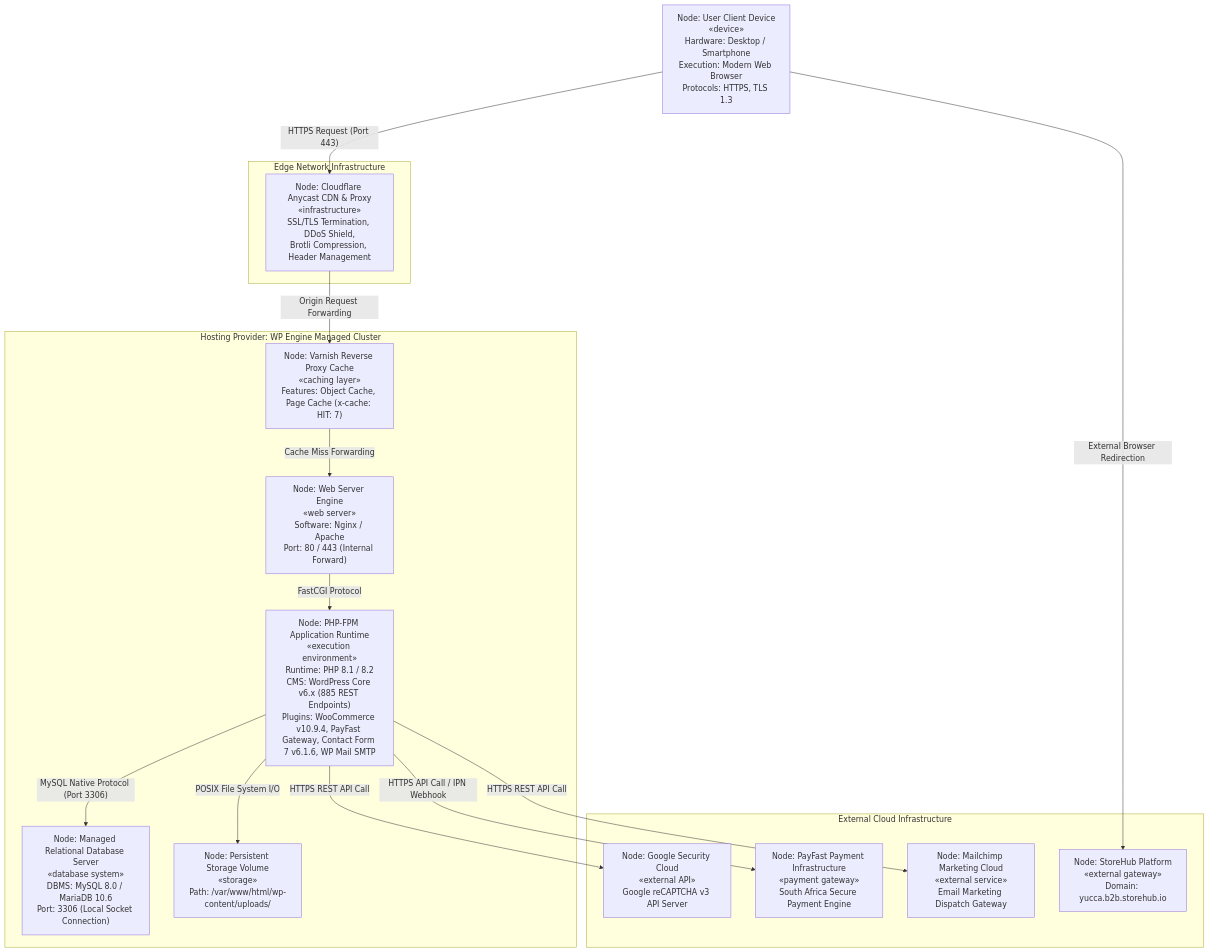
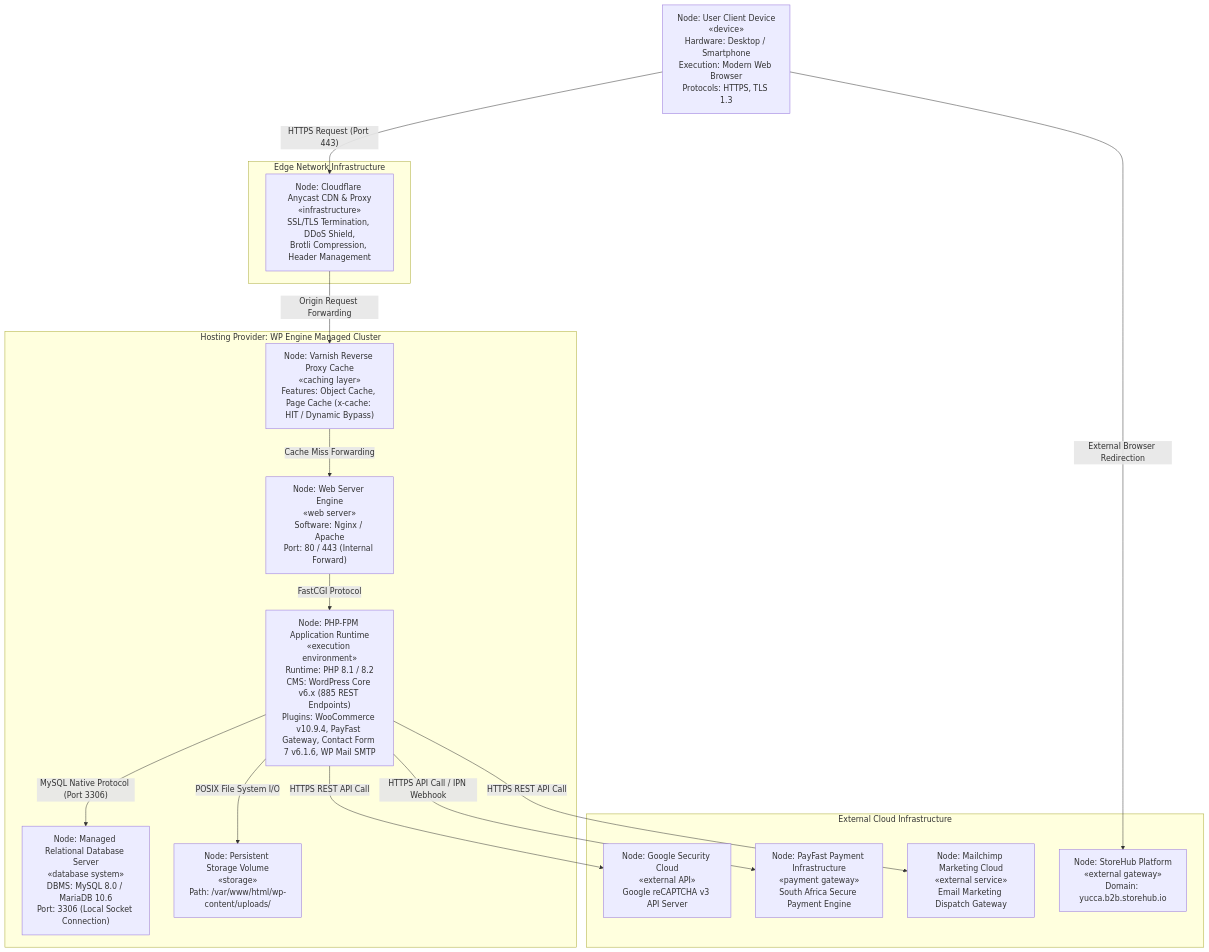
One commit to Farid-Ze/alfab changed the tenth of 11 diagrams in docs/yucca-uml-system-documentation.md. Above: the diagram before and after it, drawn with Mermaid. The commit also changed other lines of this file and 2 other files, not shown here.

Commit message:
docs: create comprehensive technical documentation for Yucca Packaging e-commerce system architecture and UML modeling

````diff
--- a/docs/yucca-uml-system-documentation.md
+++ b/docs/yucca-uml-system-documentation.md
@@ -665,40 +722,40 @@
 ```mermaid
 graph TB
     nodeClient["Node: User Client Device<br>«device»<br>Hardware: Desktop / Smartphone<br>Execution: Modern Web Browser<br>Protocols: HTTPS, TLS 1.3"]
 
     subgraph CloudflareEdge ["Edge Network Infrastructure"]
         nodeCloudflare["Node: Cloudflare Anycast CDN & Proxy<br>«infrastructure»<br>SSL/TLS Termination, DDoS Shield,<br>Brotli Compression, Header Management"]
     end
 
     subgraph WPEngineCloud ["Hosting Provider: WP Engine Managed Cluster"]
-        nodeVarnish["Node: Varnish Reverse Proxy Cache<br>«caching layer»<br>Features: Object Cache, Page Cache (x-cache: HIT: 7)"]
+        nodeVarnish["Node: Varnish Reverse Proxy Cache<br>«caching layer»<br>Features: Object Cache, Page Cache (x-cache: HIT / Dynamic Bypass)"]
         
         nodeWebServer["Node: Web Server Engine<br>«web server»<br>Software: Nginx / Apache<br>Port: 80 / 443 (Internal Forward)"]
         
         nodePHP["Node: PHP-FPM Application Runtime<br>«execution environment»<br>Runtime: PHP 8.1 / 8.2<br>CMS: WordPress Core v6.x (885 REST Endpoints)<br>Plugins: WooCommerce v10.9.4, PayFast Gateway, Contact Form 7 v6.1.6, WP Mail SMTP"]
         
         nodeMySQL["Node: Managed Relational Database Server<br>«database system»<br>DBMS: MySQL 8.0 / MariaDB 10.6<br>Port: 3306 (Local Socket Connection)"]
 
         nodeStorage["Node: Persistent Storage Volume<br>«storage»<br>Path: /var/www/html/wp-content/uploads/"]
     end
 
     subgraph ExternalThirdParty ["External Cloud Infrastructure"]
         nodeGoogleRecaptcha["Node: Google Security Cloud<br>«external API»<br>Google reCAPTCHA v3 API Server"]
         nodePayFastGateway["Node: PayFast Payment Infrastructure<br>«payment gateway»<br>South Africa Secure Payment Engine"]
         nodeMailchimp["Node: Mailchimp Marketing Cloud<br>«external service»<br>Email Marketing Dispatch Gateway"]
         nodeStoreHub["Node: StoreHub Platform<br>«external gateway»<br>Domain: yucca.b2b.storehub.io"]
     end
 
     %% Network Connections
     nodeClient -- "HTTPS Request (Port 443)" --> nodeCloudflare
     nodeCloudflare -- "Origin Request Forwarding" --> nodeVarnish
     nodeVarnish -- "Cache Miss Forwarding" --> nodeWebServer
     nodeWebServer -- "FastCGI Protocol" --> nodePHP
     nodePHP -- "MySQL Native Protocol (Port 3306)" --> nodeMySQL
     nodePHP -- "POSIX File System I/O" --> nodeStorage
 
     nodePHP -- "HTTPS REST API Call" --> nodeGoogleRecaptcha
     nodePHP -- "HTTPS API Call / IPN Webhook" --> nodePayFastGateway
     nodePHP -- "HTTPS REST API Call" --> nodeMailchimp
     nodeClient -- "External Browser Redirection" --> nodeStoreHub
 ```
````
